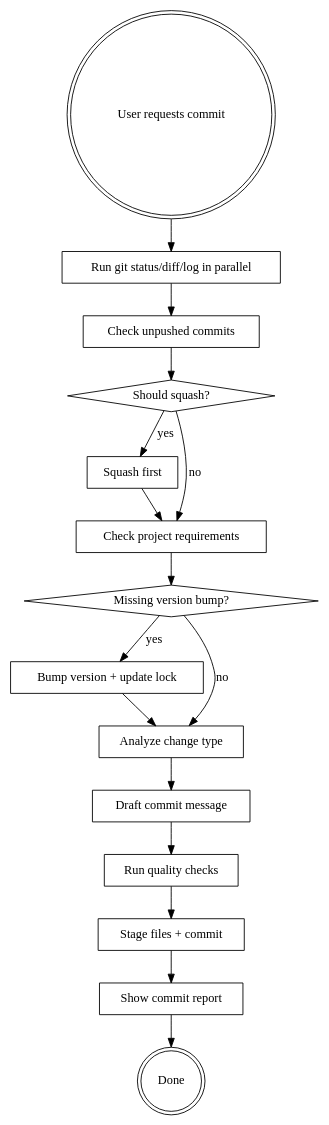
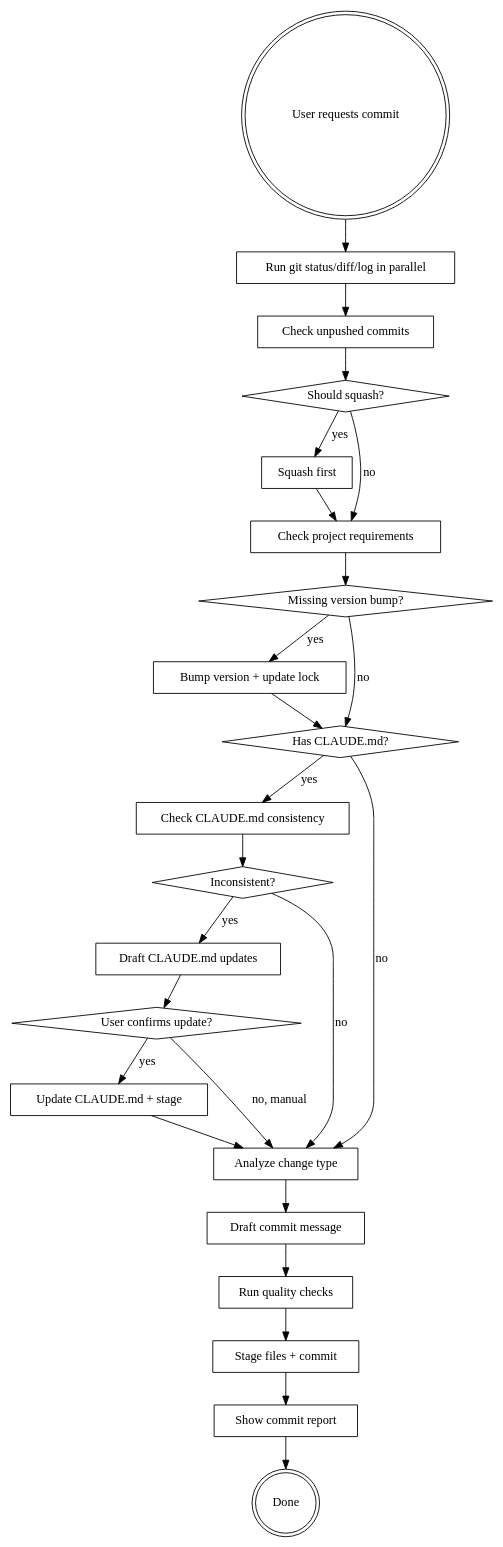
One commit to gitduk/dotfiles changed the diagram in .claude/skills/commit/SKILL.md. Above: the diagram before and after it, drawn with Graphviz. The commit also changed other lines of this file and 7 other files, not shown here.

````diff
--- a/.claude/skills/commit/SKILL.md
+++ b/.claude/skills/commit/SKILL.md
@@ -26,34 +26,49 @@
 ```dot
 digraph commit_flow {
     "User requests commit" [shape=doublecircle];
     "Run git status/diff/log in parallel" [shape=box];
     "Check unpushed commits" [shape=box];
     "Should squash?" [shape=diamond];
     "Squash first" [shape=box];
     "Check project requirements" [shape=box];
     "Missing version bump?" [shape=diamond];
     "Bump version + update lock" [shape=box];
+    "Has CLAUDE.md?" [shape=diamond];
+    "Check CLAUDE.md consistency" [shape=box];
+    "Inconsistent?" [shape=diamond];
+    "Draft CLAUDE.md updates" [shape=box];
+    "User confirms update?" [shape=diamond];
+    "Update CLAUDE.md + stage" [shape=box];
     "Analyze change type" [shape=box];
     "Draft commit message" [shape=box];
     "Run quality checks" [shape=box];
     "Stage files + commit" [shape=box];
     "Show commit report" [shape=box];
     "Done" [shape=doublecircle];
 
     "User requests commit" -> "Run git status/diff/log in parallel";
     "Run git status/diff/log in parallel" -> "Check unpushed commits";
     "Check unpushed commits" -> "Should squash?";
     "Should squash?" -> "Squash first" [label="yes"];
     "Should squash?" -> "Check project requirements" [label="no"];
     "Squash first" -> "Check project requirements";
     "Check project requirements" -> "Missing version bump?";
     "Missing version bump?" -> "Bump version + update lock" [label="yes"];
-    "Missing version bump?" -> "Analyze change type" [label="no"];
-    "Bump version + update lock" -> "Analyze change type";
+    "Missing version bump?" -> "Has CLAUDE.md?" [label="no"];
+    "Bump version + update lock" -> "Has CLAUDE.md?";
+    "Has CLAUDE.md?" -> "Check CLAUDE.md consistency" [label="yes"];
+    "Has CLAUDE.md?" -> "Analyze change type" [label="no"];
+    "Check CLAUDE.md consistency" -> "Inconsistent?";
+    "Inconsistent?" -> "Draft CLAUDE.md updates" [label="yes"];
+    "Inconsistent?" -> "Analyze change type" [label="no"];
+    "Draft CLAUDE.md updates" -> "User confirms update?";
+    "User confirms update?" -> "Update CLAUDE.md + stage" [label="yes"];
+    "User confirms update?" -> "Analyze change type" [label="no, manual"];
+    "Update CLAUDE.md + stage" -> "Analyze change type";
     "Analyze change type" -> "Draft commit message";
     "Draft commit message" -> "Run quality checks";
     "Run quality checks" -> "Stage files + commit";
     "Stage files + commit" -> "Show commit report";
     "Show commit report" -> "Done";
 }
 ```
````
